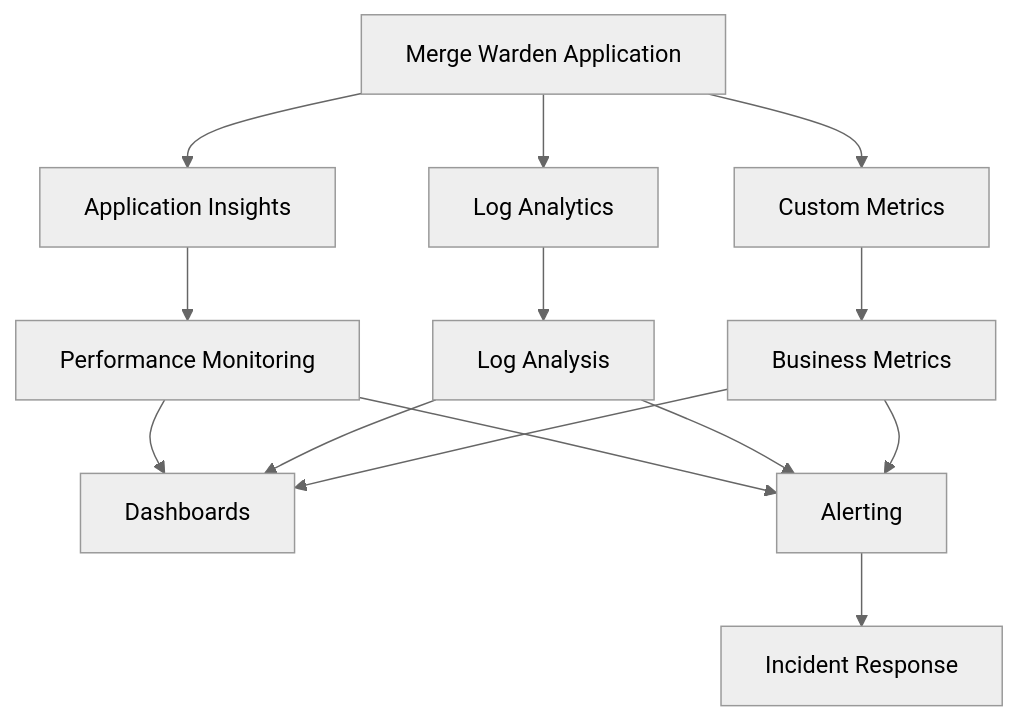
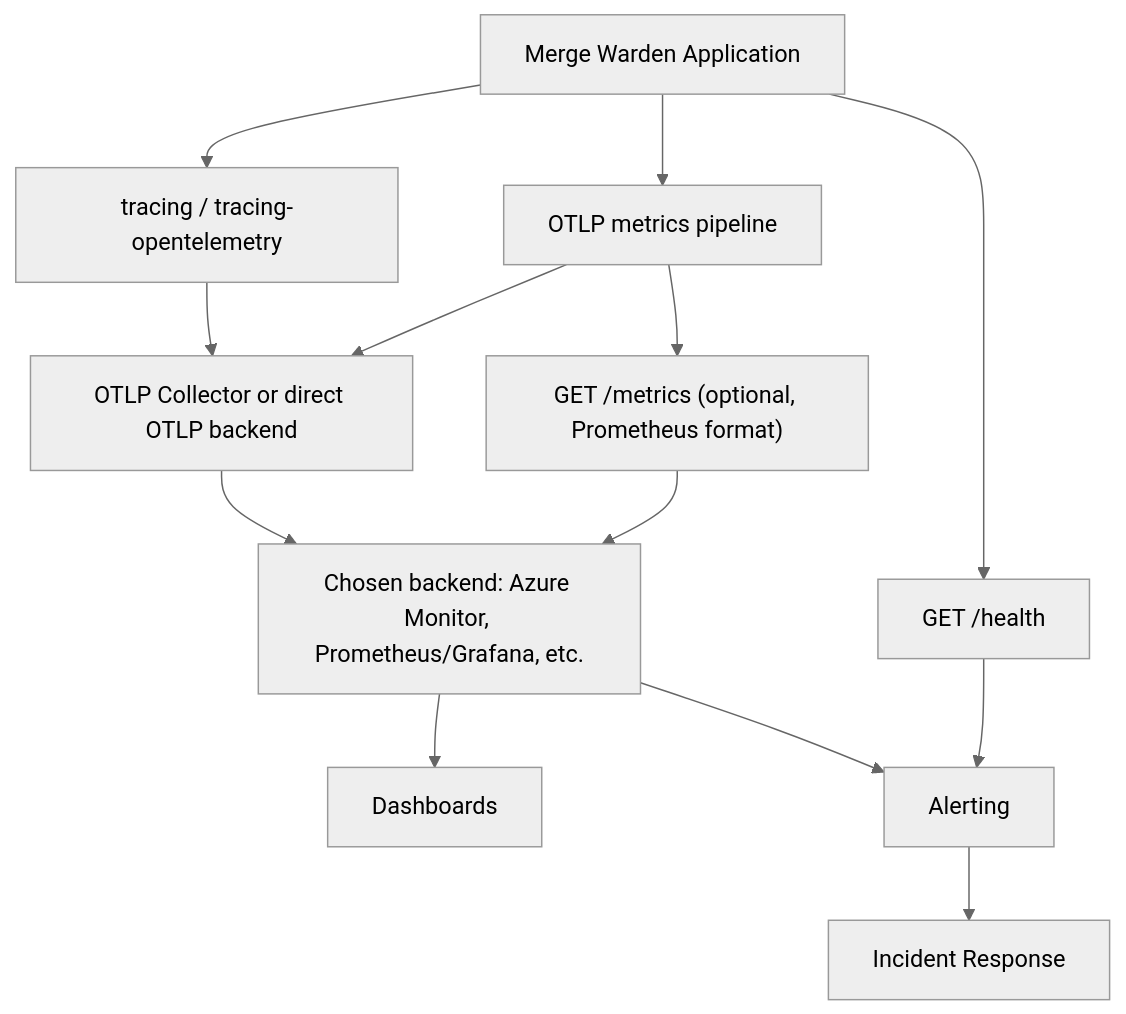
Before and after one commit to pvandervelde/merge_warden: the diagram in docs/spec/operations/monitoring.md, drawn with Mermaid (neutral theme). The commit also changed other lines of this file and 8 other files, not shown here.

````diff
--- a/docs/spec/operations/monitoring.md
+++ b/docs/spec/operations/monitoring.md
@@ -22,20 +35,19 @@
 ```mermaid
 graph TD
-    A[Merge Warden Application] --> B[Application Insights]
-    A --> C[Log Analytics]
-    A --> D[Custom Metrics]
+    A[Merge Warden Application] --> B[tracing / tracing-opentelemetry]
+    A --> C[OTLP metrics pipeline]
+    A --> D[GET /health]
 
-    B --> E[Performance Monitoring]
-    C --> F[Log Analysis]
-    D --> G[Business Metrics]
+    B --> E[OTLP Collector or direct OTLP backend]
+    C --> E
+    C --> F["GET /metrics (optional, Prometheus format)"]
 
-    E --> H[Dashboards]
-    F --> H
-    G --> H
+    E --> G["Chosen backend: Azure Monitor, Prometheus/Grafana, etc."]
+    F --> G
 
-    E --> I[Alerting]
-    F --> I
-    G --> I
+    G --> H[Dashboards]
+    G --> I[Alerting]
+    D --> I
 
     I --> J[Incident Response]
 ```
````
